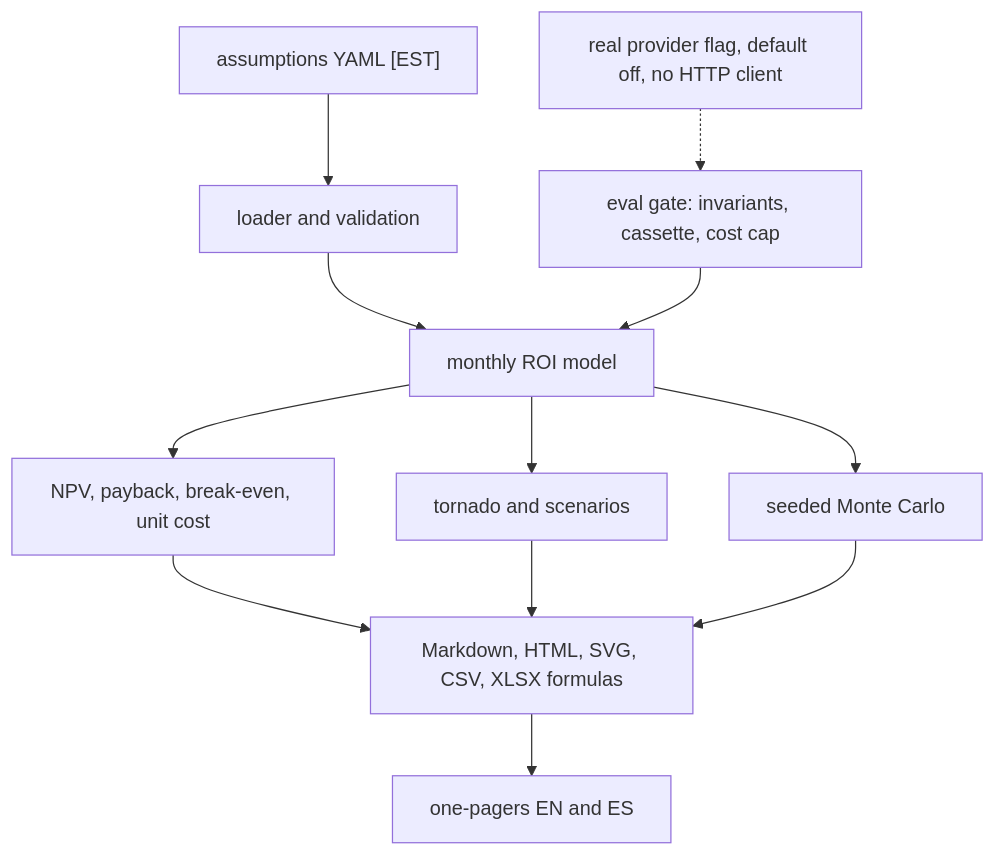
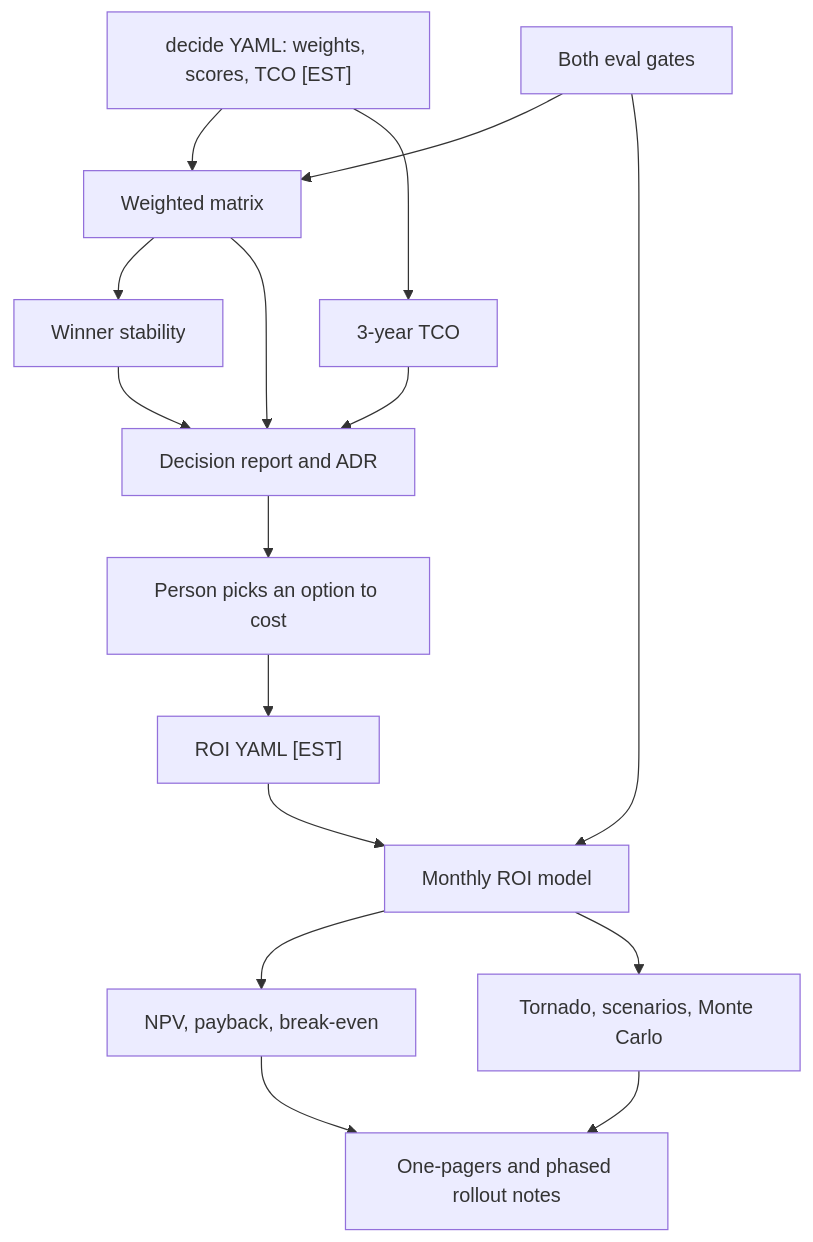
The diagram in README.md (dlescanogithub/ai-use-case-roi-and-build-vs-buy), drawn with Mermaid before and after one commit. The commit also changed other lines of this file and 159 other files, not shown here.

First line of the commit message:
Merge the build-vs-buy decision kit into one package.

````diff
--- a/README.md
+++ b/README.md
@@ -27,14 +44,18 @@
 ```mermaid
 flowchart TD
-  yaml["assumptions YAML [EST]"] --> load["loader and validation"]
-  load --> model["monthly ROI model"]
-  model --> out["NPV, payback, break-even, unit cost"]
-  model --> tornado["tornado and scenarios"]
-  model --> mc["seeded Monte Carlo"]
-  out --> report["Markdown, HTML, SVG, CSV, XLSX formulas"]
-  tornado --> report
-  mc --> report
-  report --> pages["one-pagers EN and ES"]
-  gate["eval gate: invariants, cassette, cost cap"] --> model
-  real["real provider flag, default off, no HTTP client"] -.-> gate
+  decideYaml["decide YAML: weights, scores, TCO [EST]"] --> matrix["Weighted matrix"]
+  decideYaml --> tco["3-year TCO"]
+  matrix --> sens["Winner stability"]
+  matrix --> decideReport["Decision report and ADR"]
+  tco --> decideReport
+  sens --> decideReport
+  decideReport --> human["Person picks an option to cost"]
+  roiYaml["ROI YAML [EST]"] --> model["Monthly ROI model"]
+  human --> roiYaml
+  model --> roiOut["NPV, payback, break-even"]
+  model --> tornado["Tornado, scenarios, Monte Carlo"]
+  roiOut --> pages["One-pagers and phased rollout notes"]
+  tornado --> pages
+  gate["Both eval gates"] --> matrix
+  gate --> model
 ```
````
